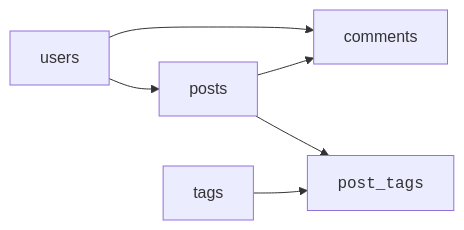
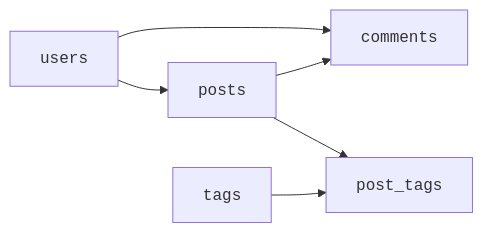
The second of 6 diagrams in content/learn/database-design-postgresql/case-study-blog.mdx (dataslope/dataslope), drawn with Mermaid before and after one commit. The commit also changed other lines of this file and 46 other files, not shown here.

First line of the commit message:
Wrap code in mermaid edge labels + entity/table names in DB diagrams

````diff
--- a/content/learn/database-design-postgresql/case-study-blog.mdx
+++ b/content/learn/database-design-postgresql/case-study-blog.mdx
@@ -43,8 +43,8 @@
 ```mermaid
 flowchart LR
-    Users["users"] --> Posts["posts"]
-    Users --> Comments["comments"]
+    Users["<code>users</code>"] --> Posts["<code>posts</code>"]
+    Users --> Comments["<code>comments</code>"]
     Posts --> Comments
     Posts --> PostTags["<code>post_tags</code>"]
-    Tags["tags"] --> PostTags
+    Tags["<code>tags</code>"] --> PostTags
 ```
````
